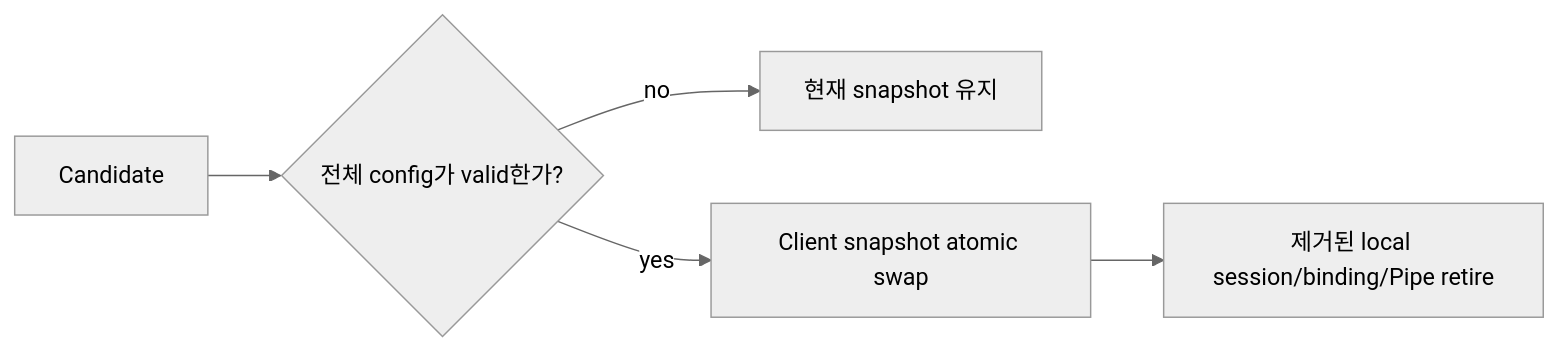
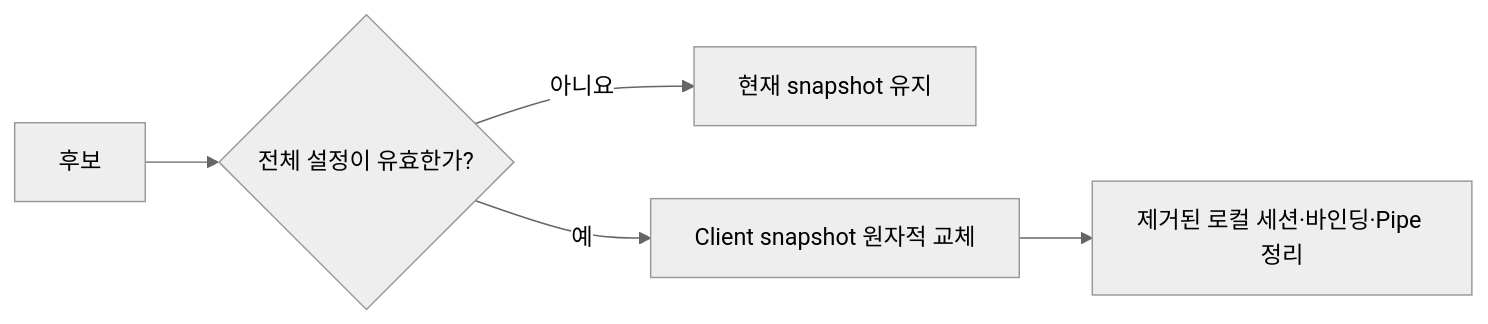
One commit to cagojeiger/relaygate changed the diagram in docs/spec/002-client-configuration-and-presence.md. Above: the diagram before and after it, drawn with Mermaid (neutral theme). The commit also changed other lines of this file and 20 other files, not shown here.

````diff
--- a/docs/spec/002-client-configuration-and-presence.md
+++ b/docs/spec/002-client-configuration-and-presence.md
@@ -22,7 +22,7 @@
 ```mermaid
 flowchart LR
-    C[Candidate] --> V{전체 config가 valid한가?}
-    V -- no --> K[현재 snapshot 유지]
-    V -- yes --> S[Client snapshot atomic swap]
-    S --> R[제거된 local session/binding/Pipe retire]
+    C[후보] --> V{전체 설정이 유효한가?}
+    V -- 아니요 --> K[현재 snapshot 유지]
+    V -- 예 --> S[Client snapshot 원자적 교체]
+    S --> R[제거된 로컬 세션·바인딩·Pipe 정리]
 ```
````
